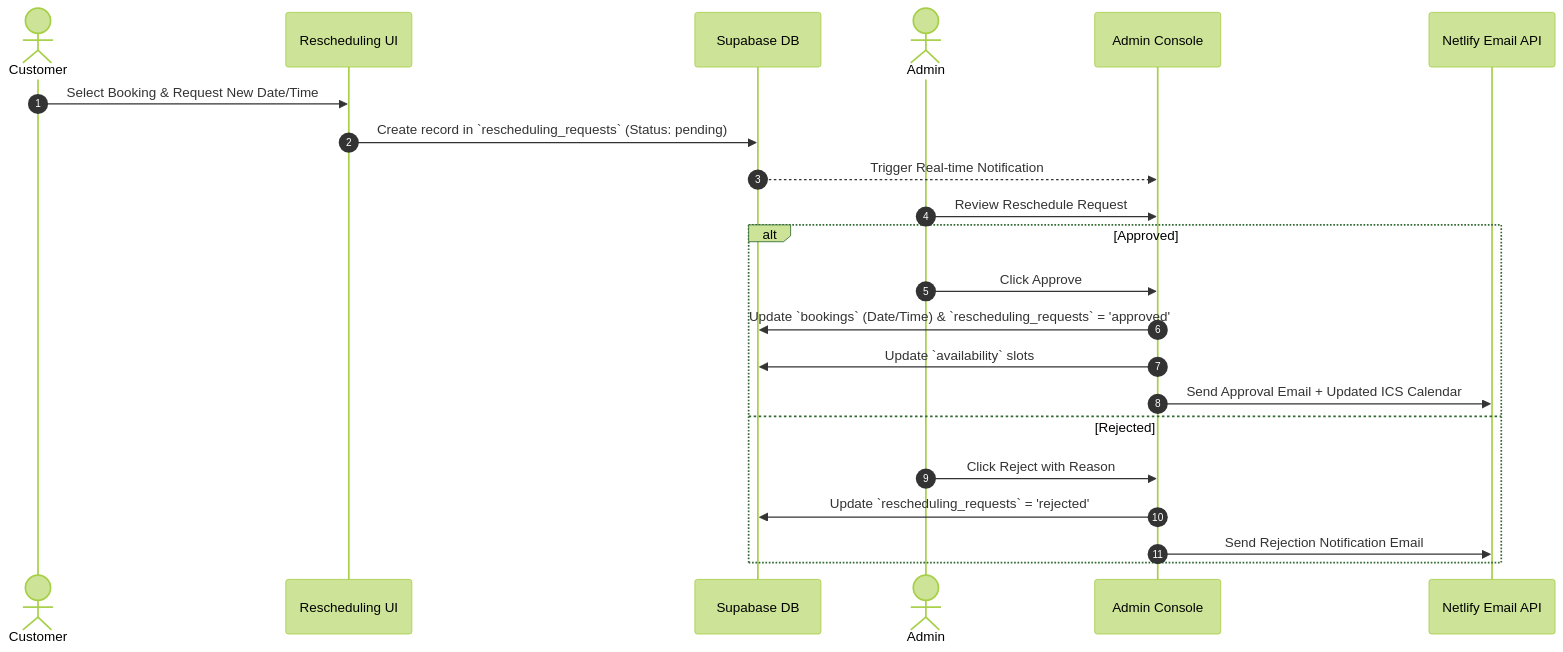
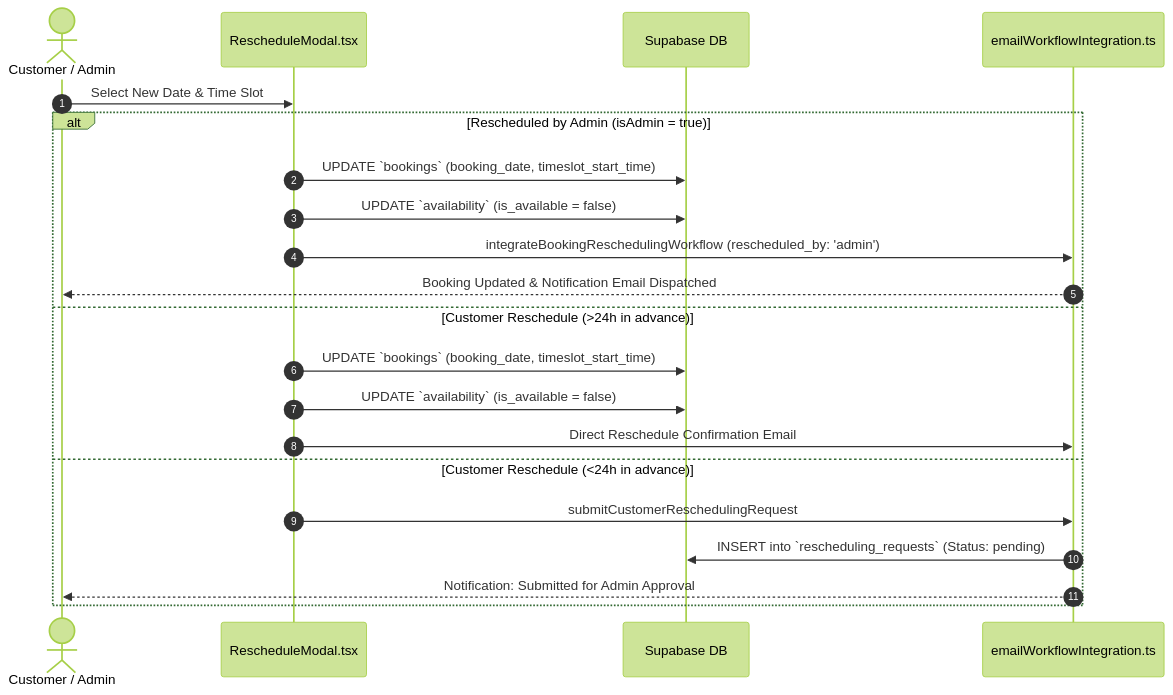
One commit to kdadks/KH changed the fifth of 5 diagrams in MEMORY.md. Above: the diagram before and after it, drawn with Mermaid (forest theme). The commit also changed other lines of this file and 8 other files, not shown here.

Commit message:
fix: add fallback field mappings for booking dates, times, and statuses in rescheduling and email workflows

````diff
--- a/MEMORY.md
+++ b/MEMORY.md
@@ -218,25 +302,24 @@
 ```mermaid
 sequenceDiagram
     autonumber
-    actor Customer
-    participant ReschedUI as Rescheduling UI
+    actor User as Customer / Admin
+    participant Modal as RescheduleModal.tsx
     participant DB as Supabase DB
-    actor Admin
-    participant AdminUI as Admin Console
-    participant EmailFunc as Netlify Email API
+    participant EmailWorkflow as emailWorkflowIntegration.ts
 
-    Customer->>ReschedUI: Select Booking & Request New Date/Time
-    ReschedUI->>DB: Create record in `rescheduling_requests` (Status: pending)
-    DB-->>AdminUI: Trigger Real-time Notification
-    Admin->>AdminUI: Review Reschedule Request
-    alt Approved
-        Admin->>AdminUI: Click Approve
-        AdminUI->>DB: Update `bookings` (Date/Time) & `rescheduling_requests` = 'approved'
-        AdminUI->>DB: Update `availability` slots
-        AdminUI->>EmailFunc: Send Approval Email + Updated ICS Calendar
-    else Rejected
-        Admin->>AdminUI: Click Reject with Reason
-        AdminUI->>DB: Update `rescheduling_requests` = 'rejected'
-        AdminUI->>EmailFunc: Send Rejection Notification Email
+    User->>Modal: Select New Date & Time Slot
+    alt Rescheduled by Admin (isAdmin = true)
+        Modal->>DB: UPDATE `bookings` (booking_date, timeslot_start_time)
+        Modal->>DB: UPDATE `availability` (is_available = false)
+        Modal->>EmailWorkflow: integrateBookingReschedulingWorkflow (rescheduled_by: 'admin')
+        EmailWorkflow-->>User: Booking Updated & Notification Email Dispatched
+    else Customer Reschedule (>24h in advance)
+        Modal->>DB: UPDATE `bookings` (booking_date, timeslot_start_time)
+        Modal->>DB: UPDATE `availability` (is_available = false)
+        Modal->>EmailWorkflow: Direct Reschedule Confirmation Email
+    else Customer Reschedule (<24h in advance)
+        Modal->>EmailWorkflow: submitCustomerReschedulingRequest
+        EmailWorkflow->>DB: INSERT into `rescheduling_requests` (Status: pending)
+        EmailWorkflow-->>User: Notification: Submitted for Admin Approval
     end
 ```
````
